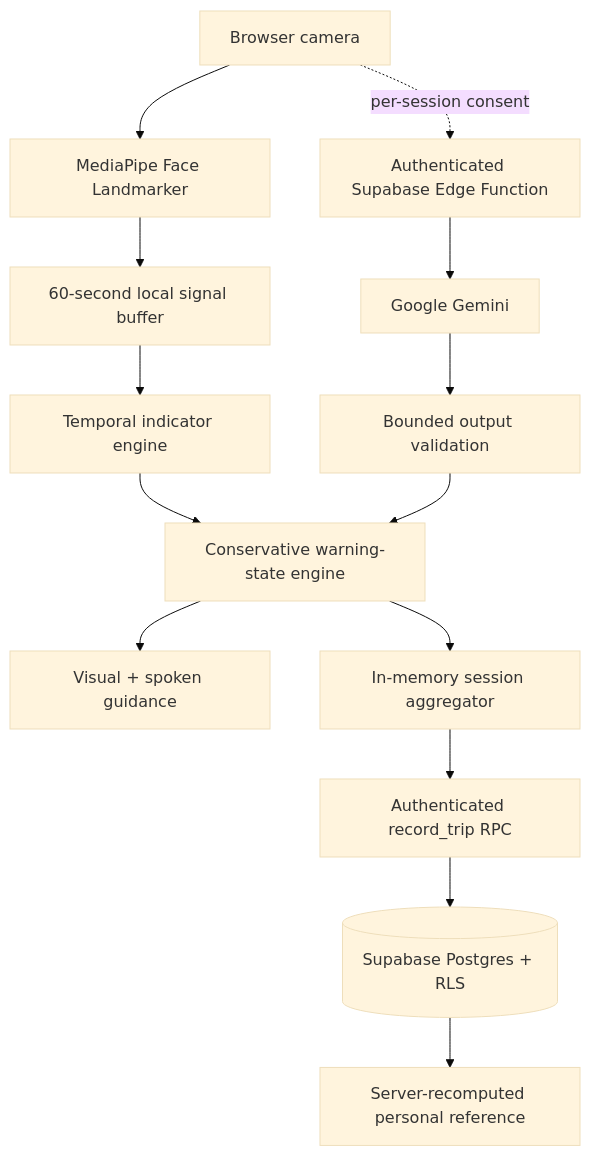
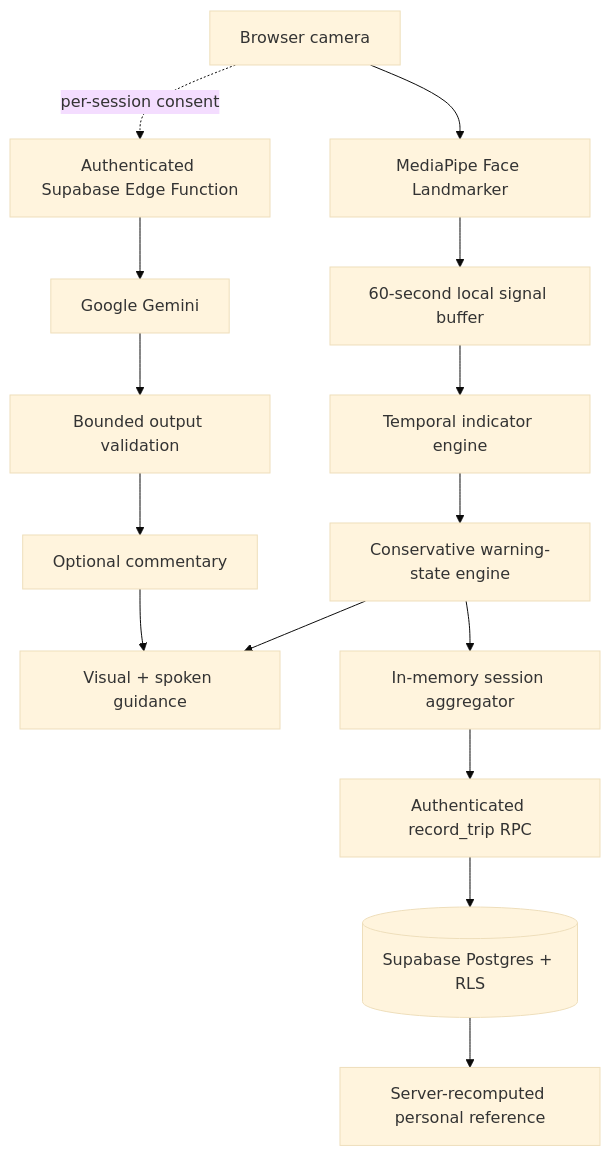
The second of 2 diagrams in README.md (Prarth314/Cognihood), drawn with Mermaid (base theme) before and after one commit. The commit also changed other lines of this file and 2 other files, not shown here.

````diff
--- a/README.md
+++ b/README.md
@@ -81,18 +83,19 @@
 ```mermaid
 flowchart TB
     Camera[Browser camera] --> MP[MediaPipe Face Landmarker]
     MP --> Buffer[60-second local signal buffer]
     Buffer --> Temporal[Temporal indicator engine]
     Temporal --> State[Conservative warning-state engine]
 
     Camera -. per-session consent .-> Edge[Authenticated Supabase Edge Function]
     Edge --> Gemini[Google Gemini]
     Gemini --> Validate[Bounded output validation]
-    Validate --> State
+    Validate --> Commentary[Optional commentary]
 
     State --> UI[Visual + spoken guidance]
+    Commentary --> UI
     State --> Session[In-memory session aggregator]
     Session --> RPC[Authenticated record_trip RPC]
     RPC --> DB[(Supabase Postgres + RLS)]
     DB --> Reference[Server-recomputed personal reference]
 ```
````
